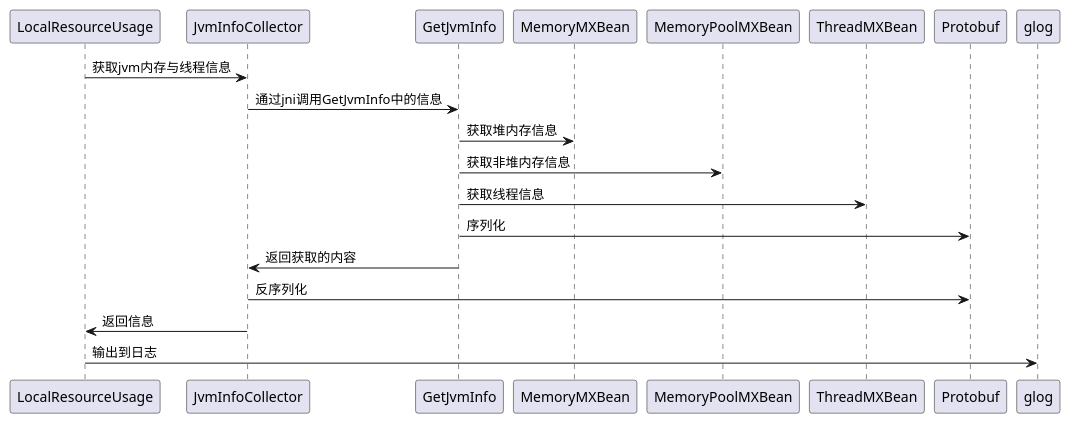
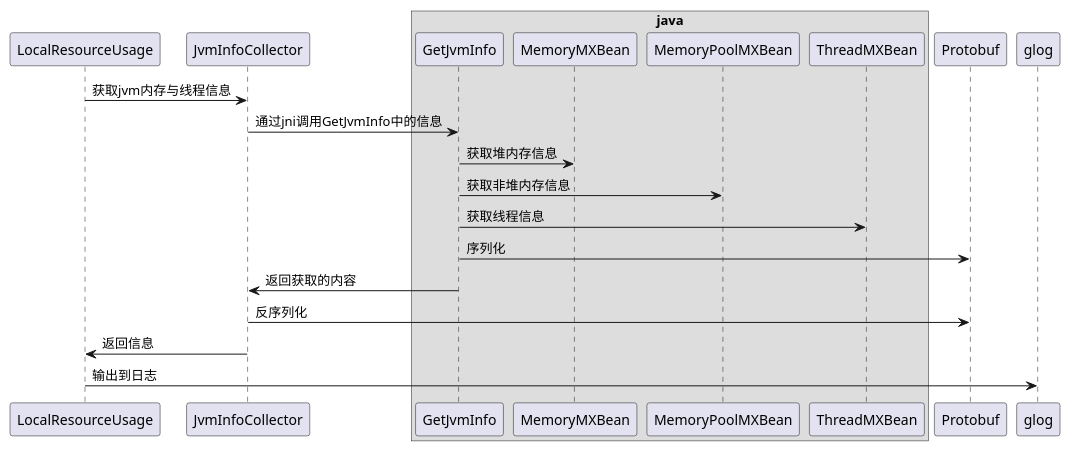
The eighth of 19 diagrams in 东方国信工作资料/diskio相关Profile/hdfsiousage实现.md (HarpsealCC/note), drawn with PlantUML before and after one commit. The commit also changed other lines of this file and 1 other file, not shown here.

````diff
--- a/东方国信工作资料/diskio相关Profile/hdfsiousage实现.md
+++ b/东方国信工作资料/diskio相关Profile/hdfsiousage实现.md
@@ -194,15 +194,19 @@
 ```plantuml
 @startuml
+
 LocalResourceUsage -> JvmInfoCollector : 获取jvm内存与线程信息
+box java
 JvmInfoCollector -> GetJvmInfo : 通过jni调用GetJvmInfo中的信息
+
 GetJvmInfo -> MemoryMXBean : 获取堆内存信息
 GetJvmInfo -> MemoryPoolMXBean : 获取非堆内存信息
 GetJvmInfo -> ThreadMXBean : 获取线程信息
-
+end box
 GetJvmInfo -> Protobuf : 序列化
 GetJvmInfo -> JvmInfoCollector : 返回获取的内容
+
 JvmInfoCollector -> Protobuf : 反序列化
 JvmInfoCollector -> LocalResourceUsage : 返回信息
 LocalResourceUsage -> glog : 输出到日志
 @enduml
 ```
````
